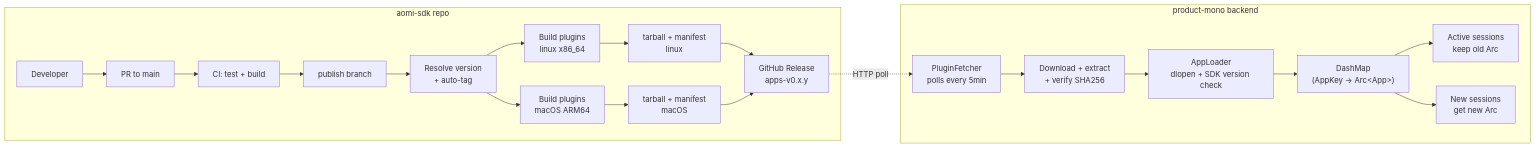
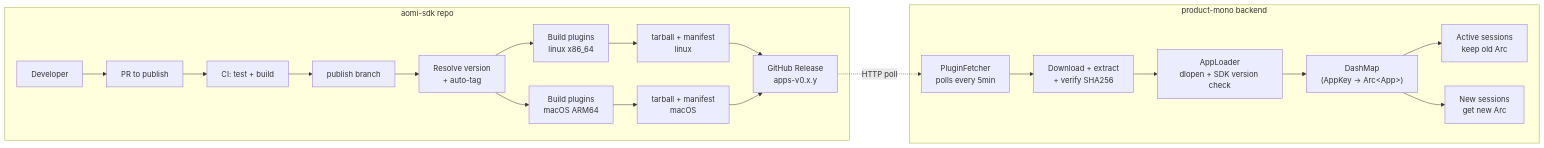
The first of 2 diagrams in README.md (aomi-labs/aomi-sdk), drawn with Mermaid before and after one commit. The commit also changed other lines of this file and 14 other files, not shown here.

````diff
--- a/README.md
+++ b/README.md
@@ -145,34 +174,34 @@
 ```mermaid
 graph LR
     subgraph "aomi-sdk repo"
         DEV[Developer]
-        PR[PR to main]
+        PR[PR to publish]
         CI_CHECK[CI: test + build]
         PUBLISH[publish branch]
         RESOLVE[Resolve version<br/>+ auto-tag]
         BUILD_L[Build plugins<br/>linux x86_64]
         BUILD_M[Build plugins<br/>macOS ARM64]
         TARBALL_L[tarball + manifest<br/>linux]
         TARBALL_M[tarball + manifest<br/>macOS]
         RELEASE[GitHub Release<br/>apps-v0.x.y]
     end
 
     subgraph "product-mono backend"
         FETCHER[PluginFetcher<br/>polls every 5min]
         EXTRACT[Download + extract<br/>+ verify SHA256]
         LOADER[AppLoader<br/>dlopen + SDK version check]
         REGISTRY["DashMap<br/>(AppKey → Arc&lt;App&gt;)"]
         SESSIONS[Active sessions<br/>keep old Arc]
         NEW[New sessions<br/>get new Arc]
     end
 
     DEV --> PR --> CI_CHECK --> PUBLISH
     PUBLISH --> RESOLVE
     RESOLVE --> BUILD_L & BUILD_M
     BUILD_L --> TARBALL_L --> RELEASE
     BUILD_M --> TARBALL_M --> RELEASE
     RELEASE -.->|HTTP poll| FETCHER
     FETCHER --> EXTRACT --> LOADER --> REGISTRY
     REGISTRY --> SESSIONS
     REGISTRY --> NEW
 ```
````
